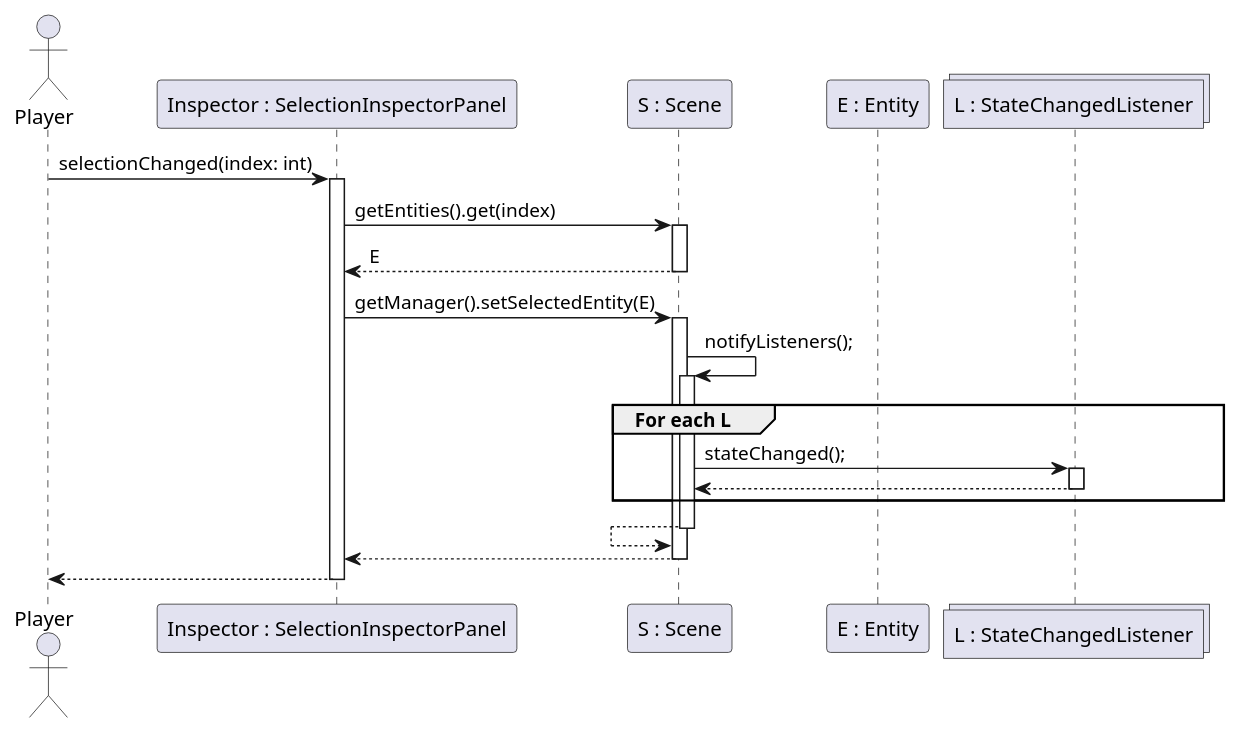
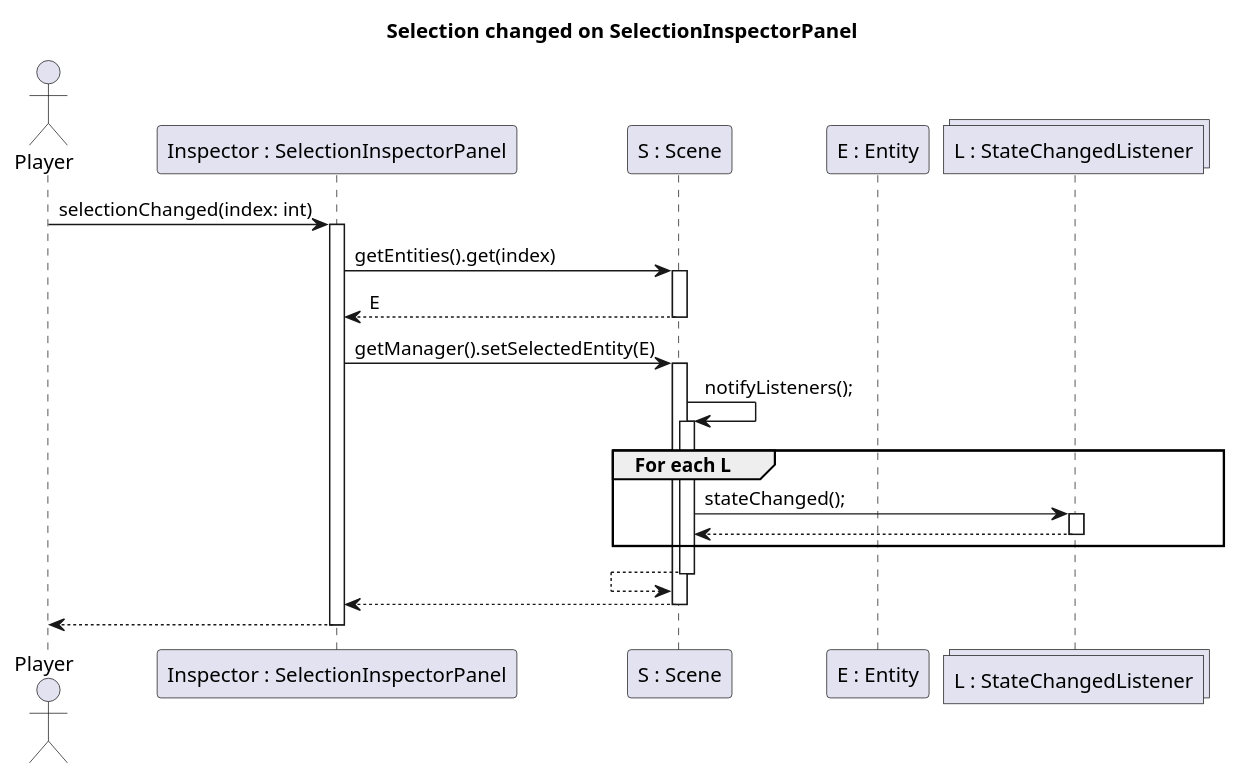
Before and after one commit to viseguard-studios/Documentation: the diagram in docs/bead11/seq/selectionChanged.puml, drawn with PlantUML. The commit also changed 10 other files, not shown here.

```diff
--- a/docs/bead11/seq/selectionChanged.puml
+++ b/docs/bead11/seq/selectionChanged.puml
@@ -1,46 +1,48 @@
 @startuml
+
+title Selection changed on SelectionInspectorPanel
 
 actor Player
 
 participant "Inspector : SelectionInspectorPanel" as I
 
 Player -> I : selectionChanged(index: int)
 activate I
 
 participant "S : Scene" as S
 
 participant "E : Entity" as E
 
 I -> S : getEntities().get(index)
 activate S
 
 I <-- S : E
 deactivate S
 
 I -> S : getManager().setSelectedEntity(E)
 activate S
 
 S->S :notifyListeners();
 activate S
 
 collections "L : StateChangedListener" as L
 
 group For each L
 S->L :stateChanged();
 activate L
 
 S<--L
 deactivate L
 end 
 
 S<--S
 deactivate S
 
 I <-- S
 deactivate S
 
 Player <-- I
 deactivate I
 
 
 @enduml
```
